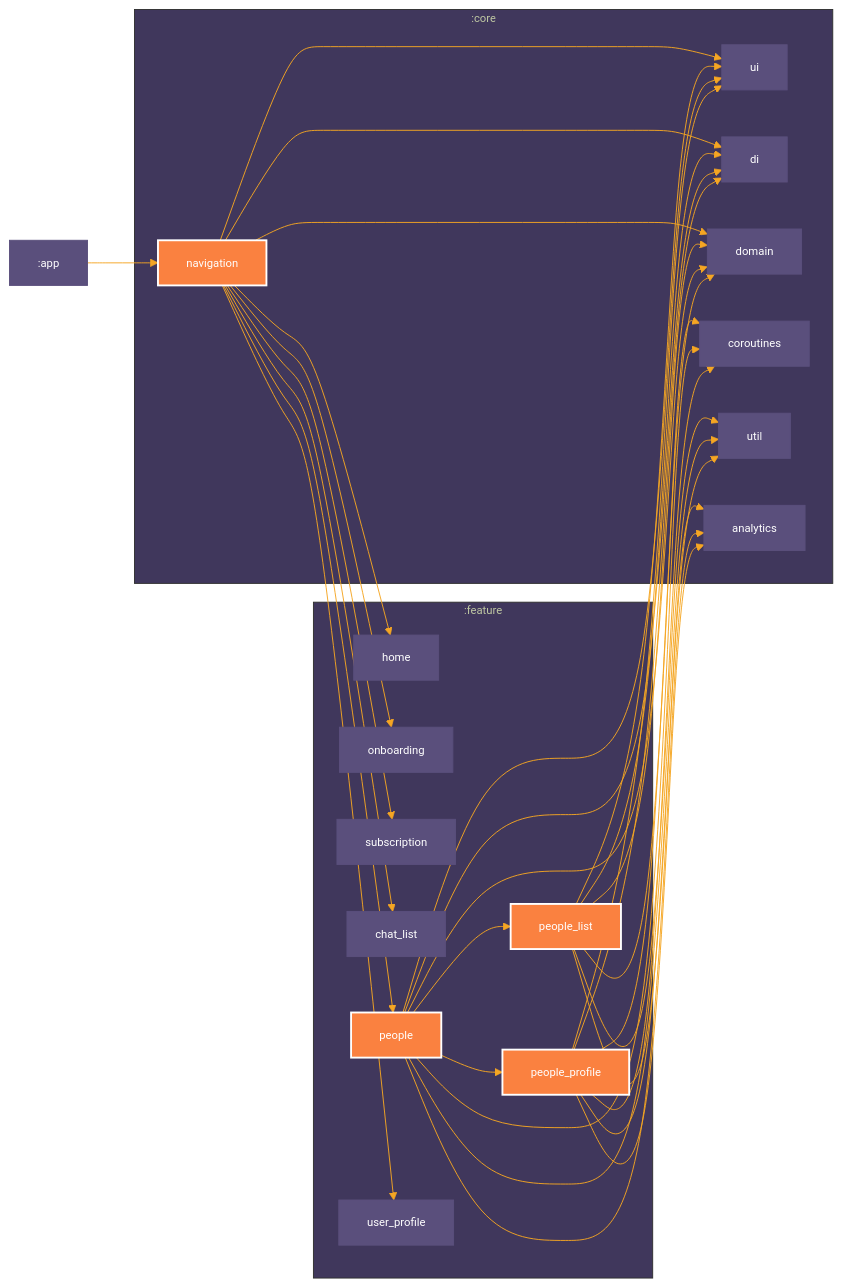
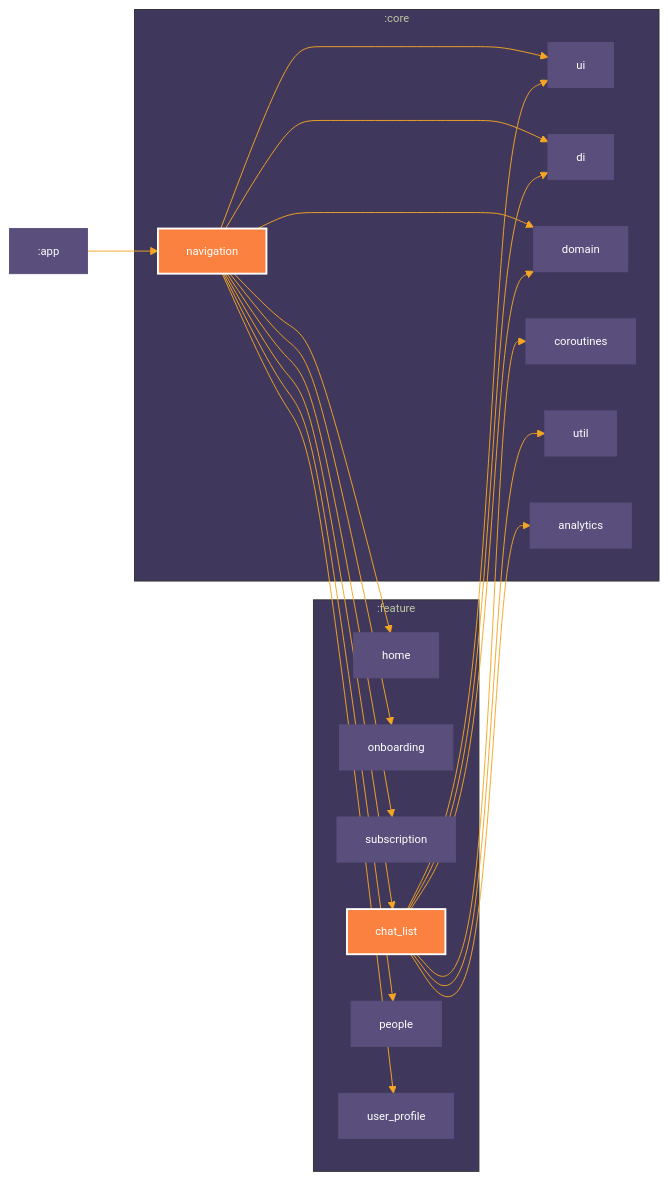
The diagram in README.md (mobiledevpro/closetalk.app), drawn with Mermaid before and after one commit. The commit also changed 1 other file, not shown here.

Commit message:
Focus on chat list

````diff
--- a/README.md
+++ b/README.md
@@ -79,65 +79,47 @@
 ```mermaid
 %%{
   init: {
     'theme': 'base',
     'themeVariables': {"primaryTextColor":"#fff","primaryColor":"#5a4f7c","primaryBorderColor":"#5a4f7c","lineColor":"#f5a623","tertiaryColor":"#40375c","fontSize":"12px"}
   }
 }%%
 
 graph LR
   subgraph :core
     :core:navigation["navigation"]
     :core:ui["ui"]
     :core:di["di"]
     :core:domain["domain"]
     :core:coroutines["coroutines"]
     :core:util["util"]
     :core:analytics["analytics"]
   end
   subgraph :feature
     :feature:home["home"]
     :feature:onboarding["onboarding"]
     :feature:subscription["subscription"]
     :feature:chat_list["chat_list"]
     :feature:people["people"]
     :feature:user_profile["user_profile"]
-    :feature:people_list["people_list"]
-    :feature:people_profile["people_profile"]
   end
   :core:navigation --> :core:ui
   :core:navigation --> :core:di
   :core:navigation --> :core:domain
   :core:navigation --> :feature:home
   :core:navigation --> :feature:onboarding
   :core:navigation --> :feature:subscription
   :core:navigation --> :feature:chat_list
   :core:navigation --> :feature:people
   :core:navigation --> :feature:user_profile
-  :feature:people_list --> :core:ui
-  :feature:people_list --> :core:di
-  :feature:people_list --> :core:domain
-  :feature:people_list --> :core:coroutines
-  :feature:people_list --> :core:util
-  :feature:people_list --> :core:analytics
+  :feature:chat_list --> :core:ui
+  :feature:chat_list --> :core:di
+  :feature:chat_list --> :core:domain
+  :feature:chat_list --> :core:coroutines
+  :feature:chat_list --> :core:util
+  :feature:chat_list --> :core:analytics
   :app --> :core:navigation
-  :feature:people --> :feature:people_list
-  :feature:people --> :feature:people_profile
-  :feature:people --> :core:ui
-  :feature:people --> :core:di
-  :feature:people --> :core:domain
-  :feature:people --> :core:coroutines
-  :feature:people --> :core:util
-  :feature:people --> :core:analytics
-  :feature:people_profile --> :core:ui
-  :feature:people_profile --> :core:di
-  :feature:people_profile --> :core:domain
-  :feature:people_profile --> :core:coroutines
-  :feature:people_profile --> :core:util
-  :feature:people_profile --> :core:analytics
 
 classDef focus fill:#FA8140,stroke:#fff,stroke-width:2px,color:#fff;
 class :core:navigation focus
-class :feature:people focus
-class :feature:people_list focus
-class :feature:people_profile focus
+class :feature:chat_list focus
 ```
````
